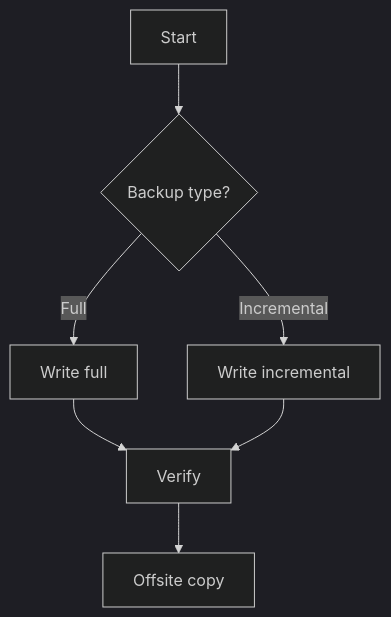
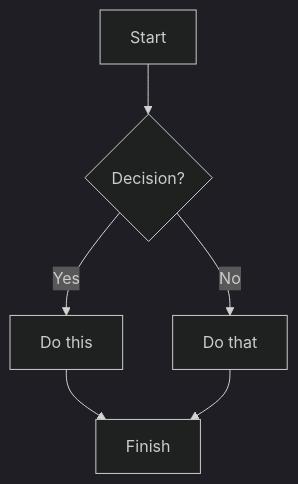
Before and after one commit to LieutenantJimmy/M143_PE24c_Homelab_Backup_Concept: the first of 9 diagrams in 01-Concept/backup_concept.md, drawn with Mermaid (dark theme). The commit also changed other lines of this file, not shown here.

````diff
--- a/01-Concept/backup_concept.md
+++ b/01-Concept/backup_concept.md
@@ -8,9 +7,8 @@
 ```mermaid
 graph TD
-  A[Start] --> B{Backup type?}
-  B -->|Full| C[Write full]
-  B -->|Incremental| D[Write incremental]
-  C --> E[Verify]
+  A[Start] --> B{Decision?}
+  B -->|Yes| C[Do this]
+  B -->|No| D[Do that]
+  C --> E[Finish]
   D --> E
-  E --> F[Offsite copy]
 ```
````
